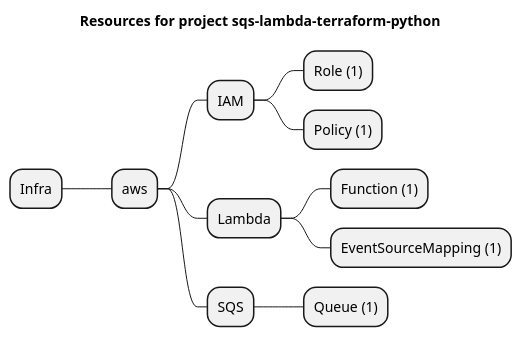
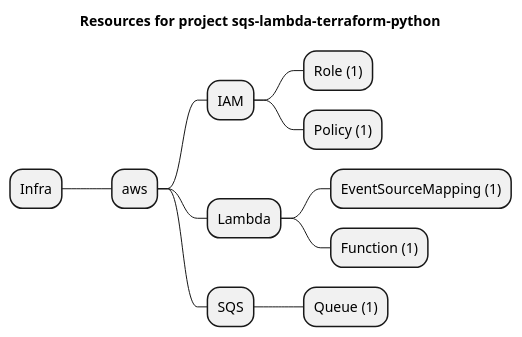
The diagram in examples/aws/SQS/sqs-lambda-terraform-python/artifacts/resources-mindmap.puml (grucloud/grucloud), drawn with PlantUML before and after one commit. The commit also changed other lines of this file and 6 other files, not shown here.

```diff
--- a/examples/aws/SQS/sqs-lambda-terraform-python/artifacts/resources-mindmap.puml
+++ b/examples/aws/SQS/sqs-lambda-terraform-python/artifacts/resources-mindmap.puml
@@ -1,14 +1,14 @@
 @startmindmap
 title Resources for project sqs-lambda-terraform-python
 skinparam monochrome true
 + Infra
 ++ aws
 +++ IAM
 ++++ Role (1)
 ++++ Policy (1)
 +++ Lambda
+++++ EventSourceMapping (1)
 ++++ Function (1)
-++++ EventSourceMapping (1)
 +++ SQS
 ++++ Queue (1)
 @endmindmap
```
